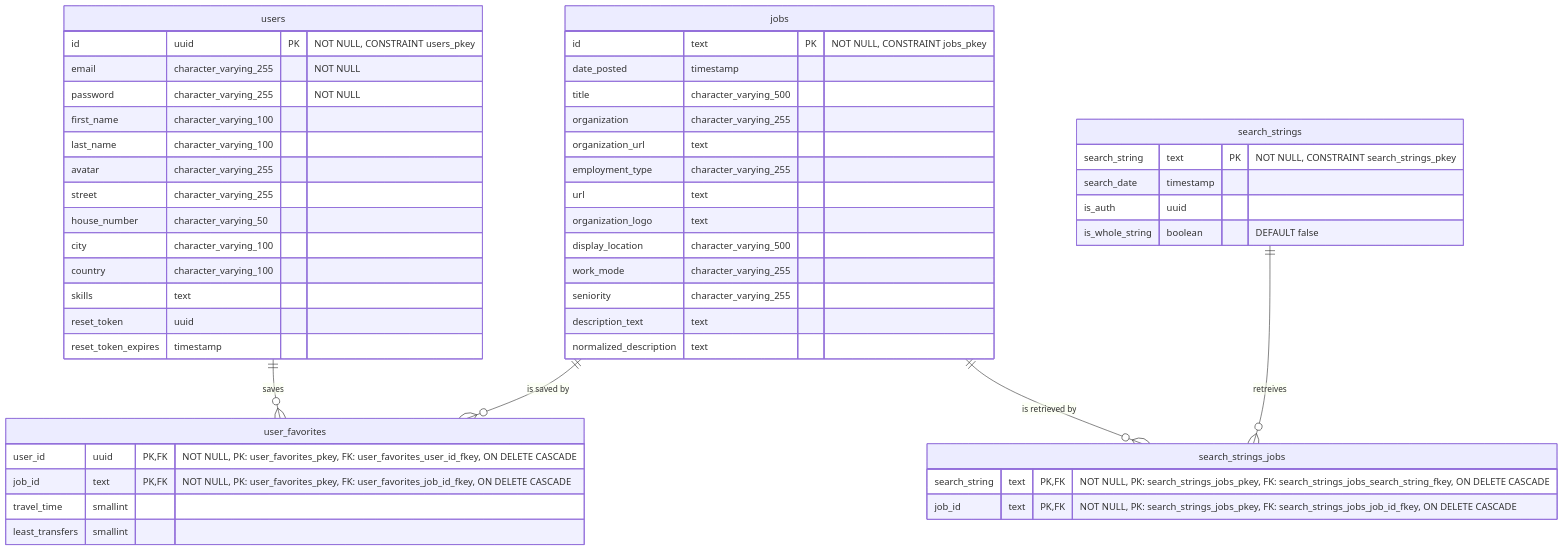
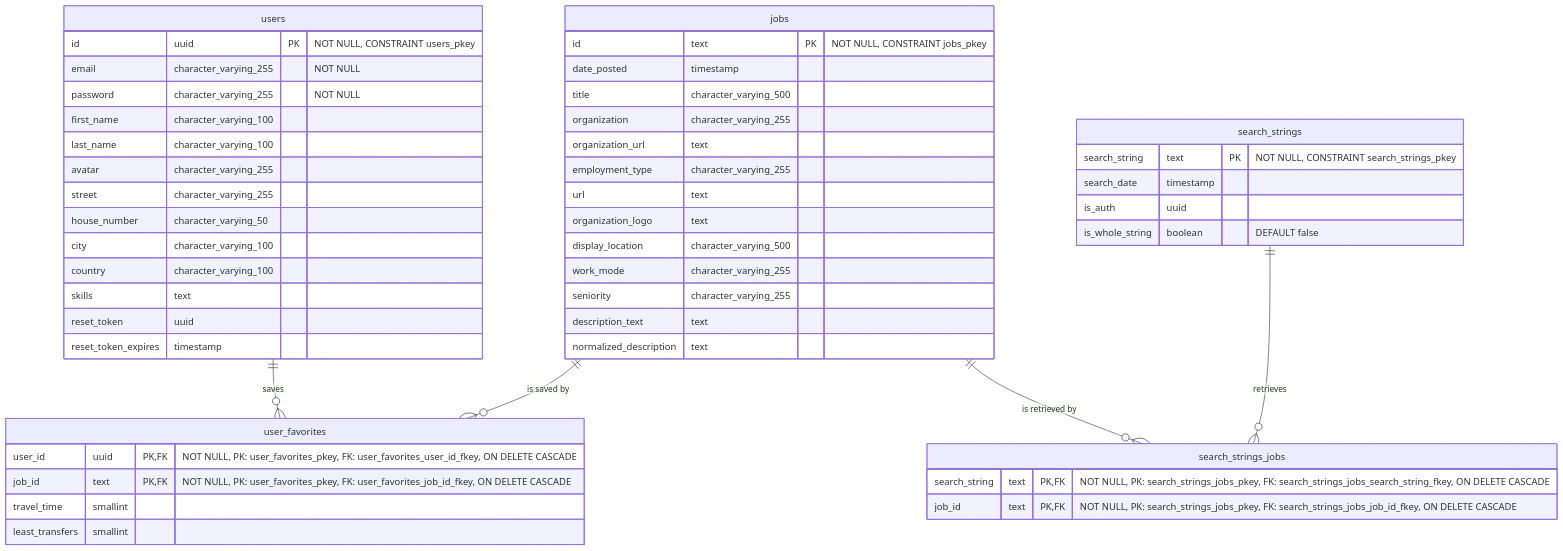
One commit to YahyaAl-Ademi/2025.10.23-JobCompass changed the diagram in documentation/ERD.md. Above: the diagram before and after it, drawn with Mermaid.

Commit message:
fix: correct typo in ERD diagram for search_strings relationship

````diff
--- a/documentation/ERD.md
+++ b/documentation/ERD.md
@@ -5,58 +5,58 @@
 ```mermaid
 erDiagram
     users ||--o{ user_favorites : "saves"
     jobs ||--o{ user_favorites : "is saved by"
-    search_strings ||--o{ search_strings_jobs : "retreives"
+    search_strings ||--o{ search_strings_jobs : "retrieves"
     jobs ||--o{ search_strings_jobs : "is retrieved by"
 
     users {
         id uuid PK "NOT NULL, CONSTRAINT users_pkey"
         email character_varying_255 "NOT NULL"
         password character_varying_255 "NOT NULL"
         first_name character_varying_100
         last_name character_varying_100
         avatar character_varying_255
         street character_varying_255
         house_number character_varying_50
         city character_varying_100
         country character_varying_100
         skills text
         reset_token uuid
         reset_token_expires timestamp
     }
 
     jobs {
         id text PK "NOT NULL, CONSTRAINT jobs_pkey"
         date_posted timestamp
         title character_varying_500
         organization character_varying_255
         organization_url text
         employment_type character_varying_255
         url text
         organization_logo text
         display_location character_varying_500
         work_mode character_varying_255
         seniority character_varying_255
         description_text text
         normalized_description text
     }
 
     user_favorites {
         user_id uuid PK,FK "NOT NULL, PK: user_favorites_pkey, FK: user_favorites_user_id_fkey, ON DELETE CASCADE"
         job_id text PK,FK "NOT NULL, PK: user_favorites_pkey, FK: user_favorites_job_id_fkey, ON DELETE CASCADE"
         travel_time smallint
         least_transfers smallint
     }
 
     search_strings {
         search_string text PK "NOT NULL, CONSTRAINT search_strings_pkey"
         search_date timestamp
         is_auth uuid
         is_whole_string boolean "DEFAULT false"
     }
 
     search_strings_jobs {
         search_string text PK,FK "NOT NULL, PK: search_strings_jobs_pkey, FK: search_strings_jobs_search_string_fkey, ON DELETE CASCADE"
         job_id text PK,FK "NOT NULL, PK: search_strings_jobs_pkey, FK: search_strings_jobs_job_id_fkey, ON DELETE CASCADE"
     }
 ```
````
